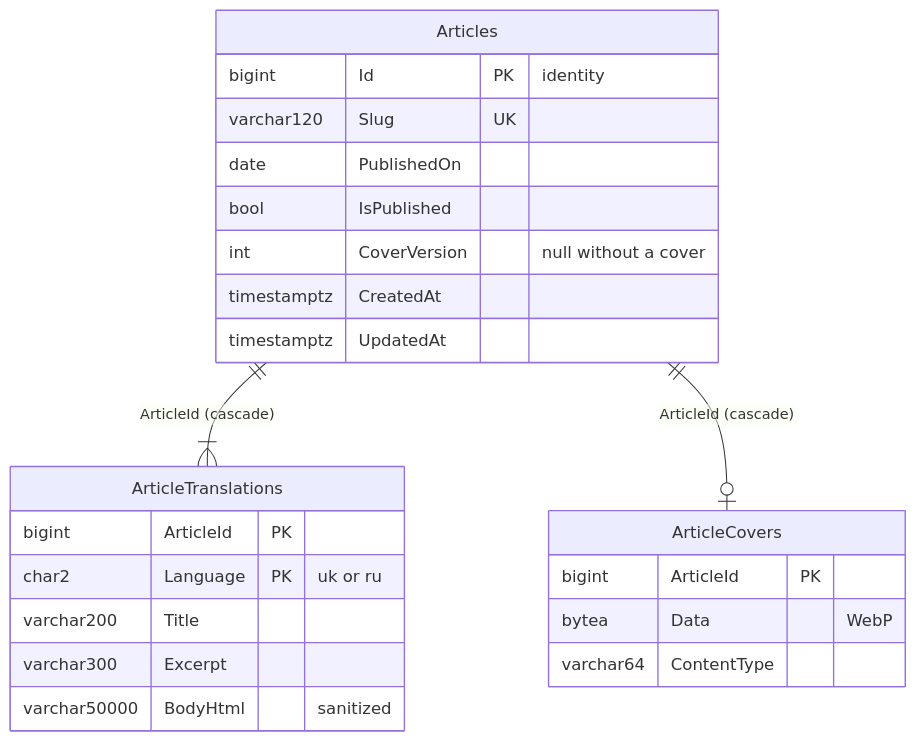
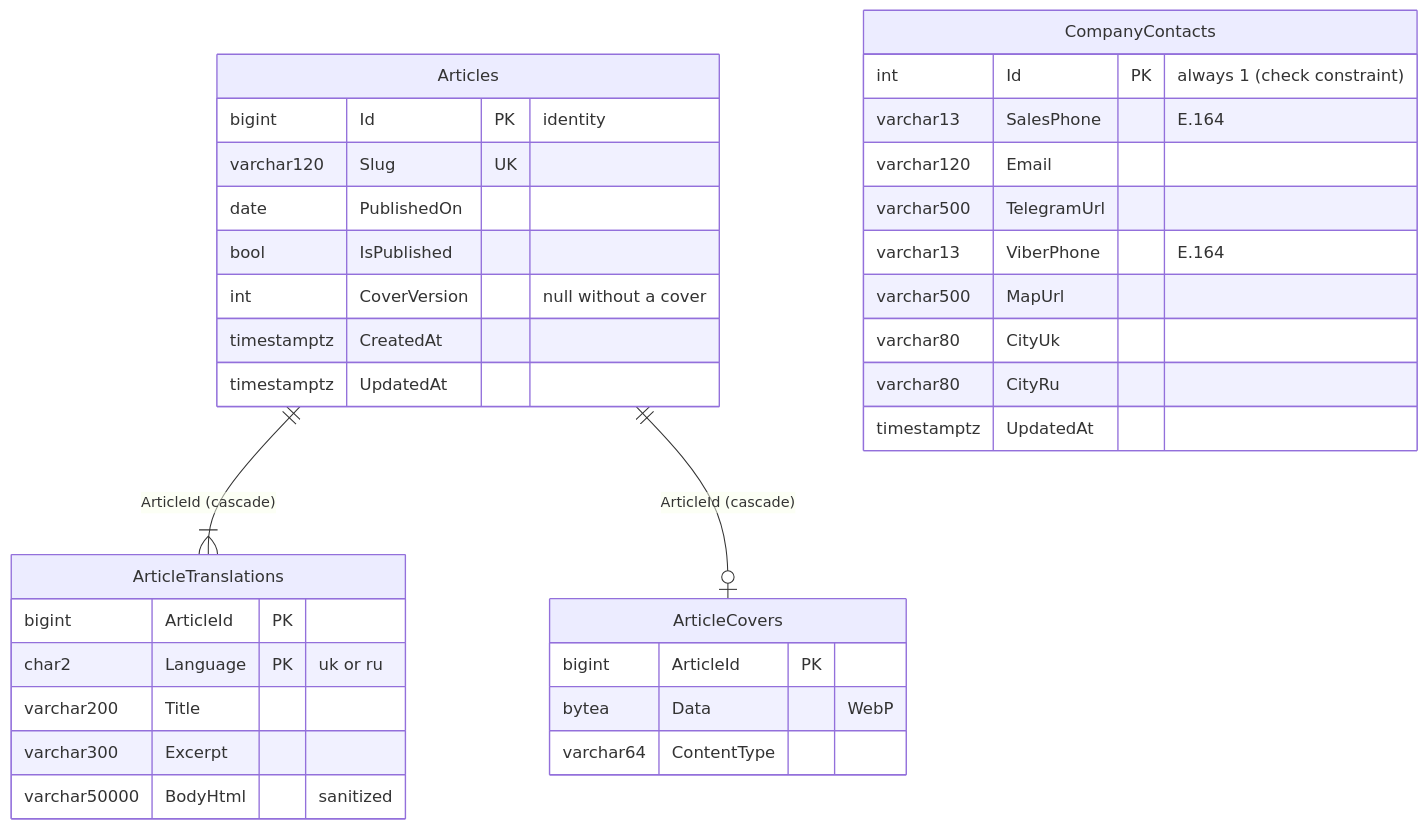
One commit to Weretik/KedrStore changed the diagram in docs/sdd/architecture/data-model/content-articles.md. Above: the diagram before and after it, drawn with Mermaid. The commit also changed other lines of this file and 33 other files, not shown here.

First line of the commit message:
feat(content): company contacts the site shows, editable in the admin

````diff
--- a/docs/sdd/architecture/data-model/content-articles.md
+++ b/docs/sdd/architecture/data-model/content-articles.md
@@ -5,26 +5,37 @@
 ```mermaid
 erDiagram
     Articles ||--|{ ArticleTranslations : "ArticleId (cascade)"
     Articles ||--o| ArticleCovers : "ArticleId (cascade)"
     Articles {
         bigint Id PK "identity"
         varchar120 Slug UK
         date PublishedOn
         bool IsPublished
         int CoverVersion "null without a cover"
         timestamptz CreatedAt
         timestamptz UpdatedAt
     }
     ArticleTranslations {
         bigint ArticleId PK
         char2 Language PK "uk or ru"
         varchar200 Title
         varchar300 Excerpt
         varchar50000 BodyHtml "sanitized"
     }
     ArticleCovers {
         bigint ArticleId PK
         bytea Data "WebP"
         varchar64 ContentType
     }
+    CompanyContacts {
+        int Id PK "always 1 (check constraint)"
+        varchar13 SalesPhone "E.164"
+        varchar120 Email
+        varchar500 TelegramUrl
+        varchar13 ViberPhone "E.164"
+        varchar500 MapUrl
+        varchar80 CityUk
+        varchar80 CityRu
+        timestamptz UpdatedAt
+    }
 ```
````
